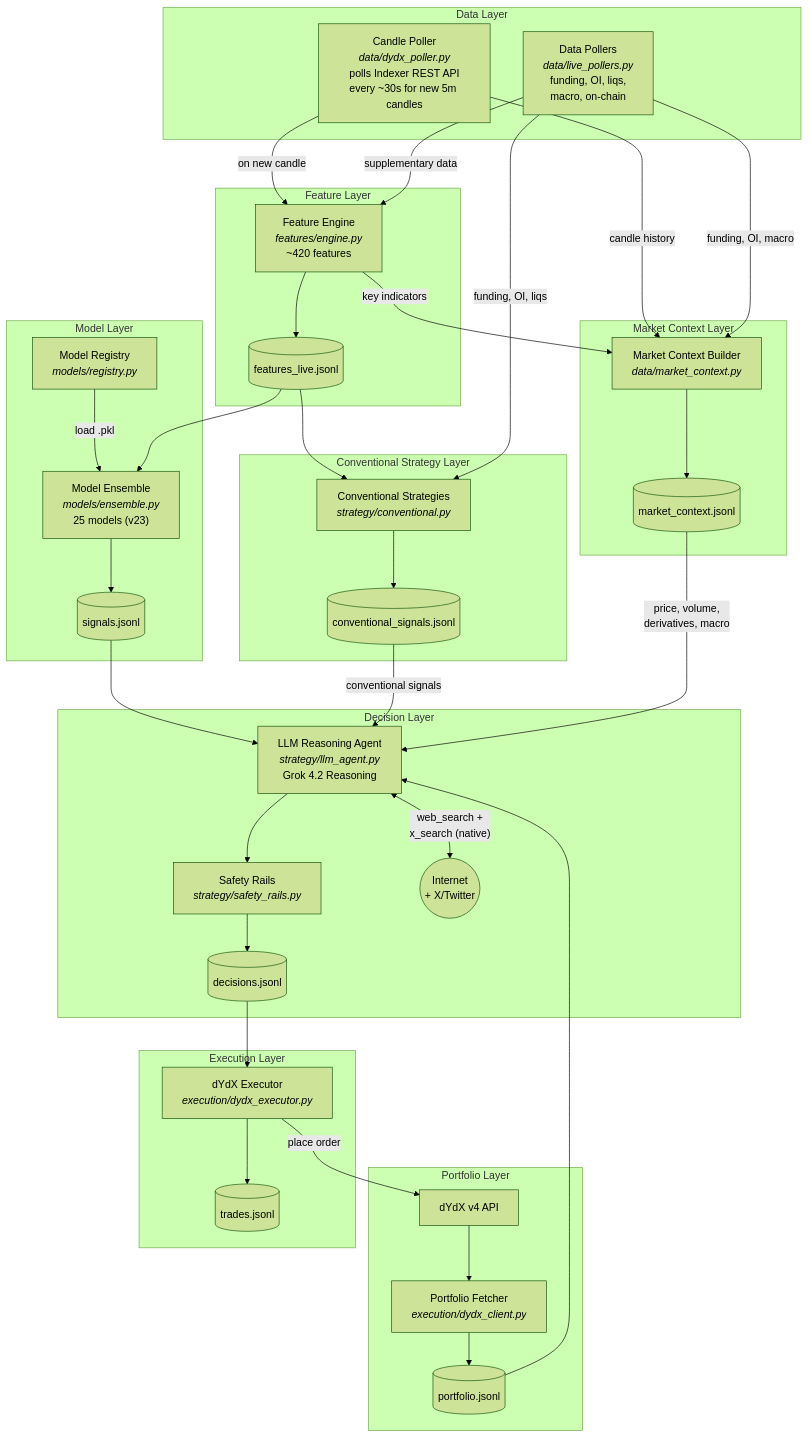
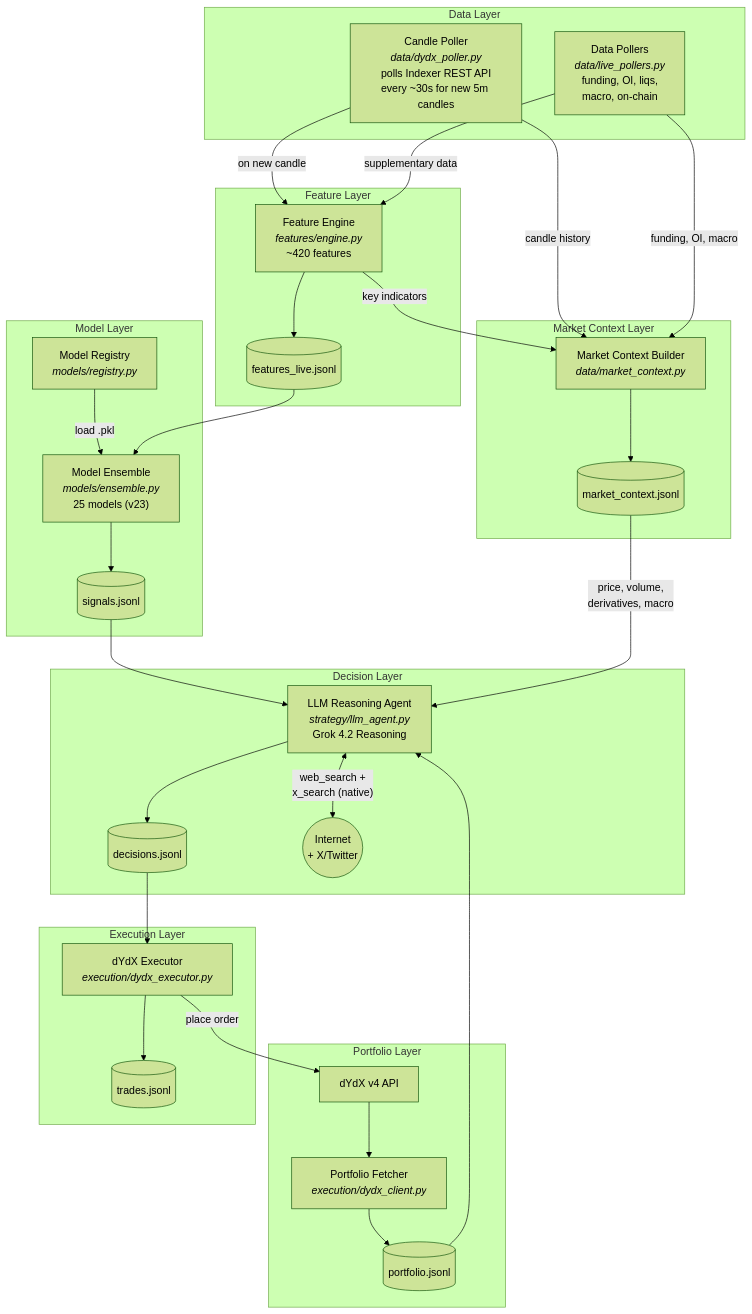
The second of 2 diagrams in documentation/dataflow.md (robertkottelin/trading), drawn with Mermaid (forest theme) before and after one commit. The commit also changed other lines of this file and 26 other files, not shown here.

````diff
--- a/documentation/dataflow.md
+++ b/documentation/dataflow.md
@@ -130,70 +116,59 @@
 ```mermaid
 flowchart TB
     subgraph DataLayer["Data Layer"]
         CP["Candle Poller<br/><i>data/dydx_poller.py</i><br/>polls Indexer REST API<br/>every ~30s for new 5m candles"]
         DP["Data Pollers<br/><i>data/live_pollers.py</i><br/>funding, OI, liqs,<br/>macro, on-chain"]
     end
 
     subgraph FeatureLayer["Feature Layer"]
         FE["Feature Engine<br/><i>features/engine.py</i><br/>~420 features"]
         FF[("features_live.jsonl")]
         CP -->|"on new candle"| FE
         DP -->|"supplementary data"| FE
         FE --> FF
     end
 
     subgraph MarketContextLayer["Market Context Layer"]
         MCB["Market Context Builder<br/><i>data/market_context.py</i>"]
         MCS[("market_context.jsonl")]
         CP -->|"candle history"| MCB
         FE -->|"key indicators"| MCB
         DP -->|"funding, OI, macro"| MCB
         MCB --> MCS
     end
 
     subgraph ModelLayer["Model Layer"]
         REG["Model Registry<br/><i>models/registry.py</i>"]
         ENS["Model Ensemble<br/><i>models/ensemble.py</i><br/>25 models (v23)"]
         SF[("signals.jsonl")]
         REG -->|"load .pkl"| ENS
         FF --> ENS
         ENS --> SF
     end
 
-    subgraph StrategyLayer["Conventional Strategy Layer"]
-        CS["Conventional Strategies<br/><i>strategy/conventional.py</i>"]
-        CSF[("conventional_signals.jsonl")]
-        FF --> CS
-        DP -->|"funding, OI, liqs"| CS
-        CS --> CSF
-    end
-
     subgraph PortfolioLayer["Portfolio Layer"]
         PF["Portfolio Fetcher<br/><i>execution/dydx_client.py</i>"]
         PS[("portfolio.jsonl")]
         DYDX["dYdX v4 API"]
         DYDX --> PF
         PF --> PS
     end
 
     subgraph DecisionLayer["Decision Layer"]
         LLM["LLM Reasoning Agent<br/><i>strategy/llm_agent.py</i><br/>Grok 4.2 Reasoning"]
-        SR["Safety Rails<br/><i>strategy/safety_rails.py</i>"]
         DF[("decisions.jsonl")]
         SF --> LLM
-        CSF -->|"conventional signals"| LLM
         MCS -->|"price, volume,<br/>derivatives, macro"| LLM
         PS --> LLM
         LLM <-->|"web_search +<br/>x_search (native)"| INET(("Internet<br/>+ X/Twitter"))
-        LLM --> SR
-        SR --> DF
+        LLM --> DF
     end
 
     subgraph ExecutionLayer["Execution Layer"]
         EX["dYdX Executor<br/><i>execution/dydx_executor.py</i>"]
         TL[("trades.jsonl")]
         DF --> EX
         EX -->|"place order"| DYDX
         EX --> TL
     end
 ```
````
